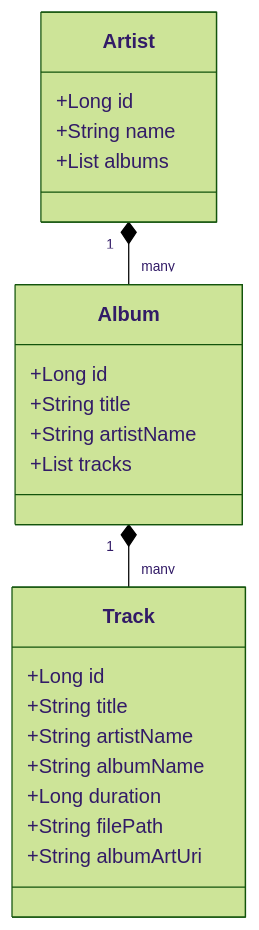
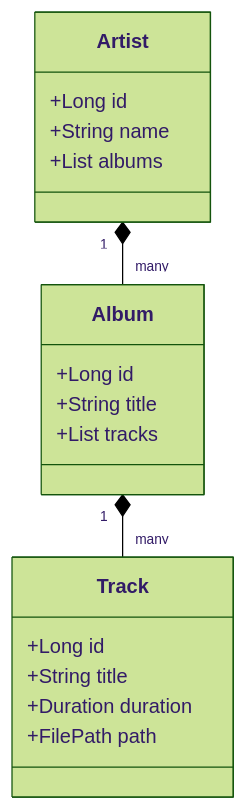
The first of 2 diagrams in docs/tutorial.md (photom/SheepPlayer), drawn with Mermaid (forest theme) before and after one commit. The commit also changed other lines of this file and 3 other files, not shown here.

````diff
--- a/docs/tutorial.md
+++ b/docs/tutorial.md
@@ -32,25 +18,21 @@
 ```mermaid
 classDiagram
     class Artist {
         +Long id
         +String name
         +List albums
     }
     class Album {
         +Long id
         +String title
-        +String artistName
         +List tracks
     }
     class Track {
         +Long id
         +String title
-        +String artistName
-        +String albumName
-        +Long duration
-        +String filePath
-        +String albumArtUri
+        +Duration duration
+        +FilePath path
     }
     Artist "1" *-- "many" Album
     Album "1" *-- "many" Track
 ```
````
